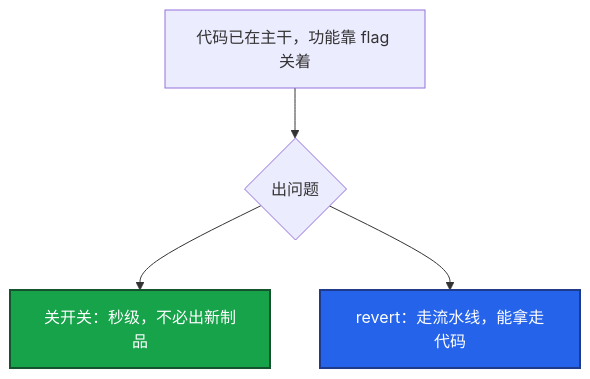
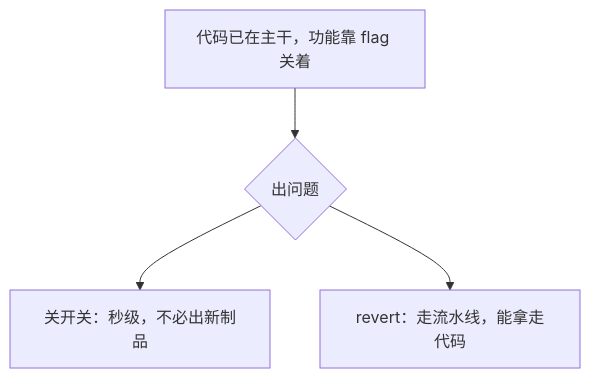
The fifth of 5 diagrams in 04-工程化与自动化/01-Git工作流/练习题.md (ml-cuizijun/LearnToLilith), drawn with Mermaid before and after one commit. The commit also changed other lines of this file and 470 other files, not shown here.

````diff
--- a/04-工程化与自动化/01-Git工作流/练习题.md
+++ b/04-工程化与自动化/01-Git工作流/练习题.md
@@ -352,10 +349,8 @@
 ```mermaid
 flowchart TB
     A[代码已在主干，功能靠 flag 关着] --> B{出问题}
     B --> C[关开关：秒级，不必出新制品]
     B --> D[revert：走流水线，能拿走代码]
-    classDef ok fill:#16A34A,stroke:#14532D,stroke-width:2px,color:#fff
-    classDef info fill:#2563EB,stroke:#1E3A8A,stroke-width:2px,color:#fff
     class C ok
     class D info
 ```
````
